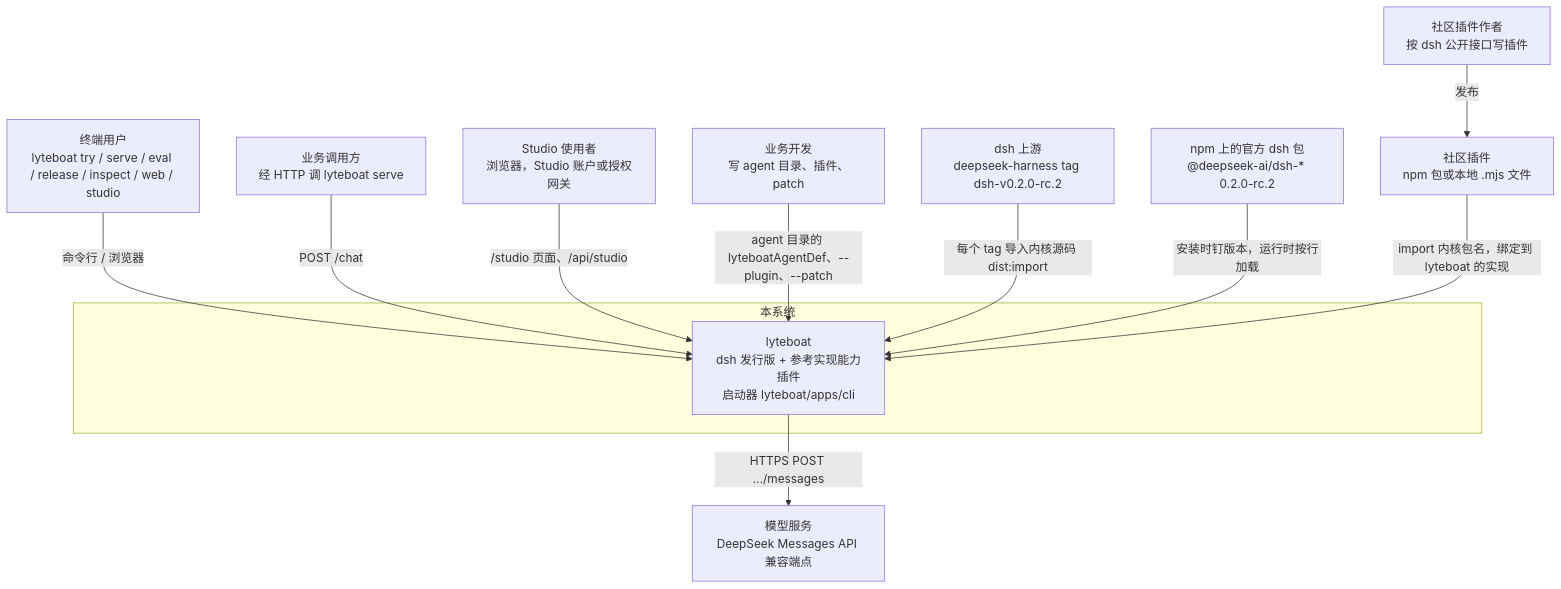
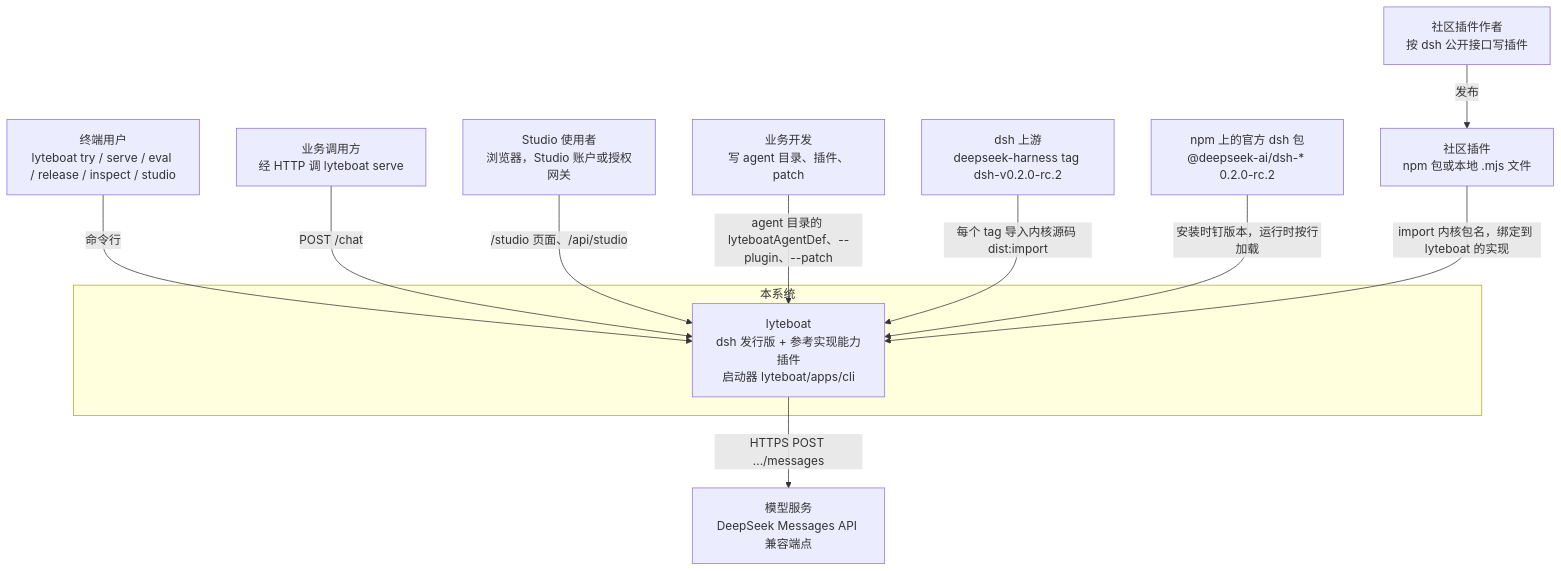
Before and after one commit to lyteboat/lyteboat: the first of 11 diagrams in docs/01-architecture.md, drawn with Mermaid. The commit also changed other lines of this file and 1 other file, not shown here.

First line of the commit message:
docs: lyteboat — docs 01 and 04 without lyteboat web

````diff
--- a/docs/01-architecture.md
+++ b/docs/01-architecture.md
@@ -68,24 +68,24 @@
 ```mermaid
 flowchart TB
-  user["终端用户<br/>lyteboat try / serve / eval / release / inspect / web / studio"]
+  user["终端用户<br/>lyteboat try / serve / eval / release / inspect / studio"]
   caller["业务调用方<br/>经 HTTP 调 lyteboat serve"]
   sviewer["Studio 使用者<br/>浏览器，Studio 账户或授权网关"]
   dev["业务开发<br/>写 agent 目录、插件、patch"]
   author["社区插件作者<br/>按 dsh 公开接口写插件"]
   subgraph SYS["本系统"]
     lyteboat["lyteboat<br/>dsh 发行版 + 参考实现能力插件<br/>启动器 lyteboat/apps/cli"]
   end
   upstream["dsh 上游<br/>deepseek-harness tag dsh-v0.2.0-rc.2"]
   npm["npm 上的官方 dsh 包<br/>@deepseek-ai/dsh-* 0.2.0-rc.2"]
   cplug["社区插件<br/>npm 包或本地 .mjs 文件"]
   model["模型服务<br/>DeepSeek Messages API 兼容端点"]
-  user -->|"命令行 / 浏览器"| lyteboat
+  user -->|"命令行"| lyteboat
   caller -->|"POST /chat"| lyteboat
   sviewer -->|"/studio 页面、/api/studio"| lyteboat
   dev -->|"agent 目录的 lyteboatAgentDef、--plugin、--patch"| lyteboat
   upstream -->|"每个 tag 导入内核源码 dist:import"| lyteboat
   npm -->|"安装时钉版本，运行时按行加载"| lyteboat
   author -->|"发布"| cplug
   cplug -->|"import 内核包名，绑定到 lyteboat 的实现"| lyteboat
   lyteboat -->|"HTTPS POST .../messages"| model
 ```
````
